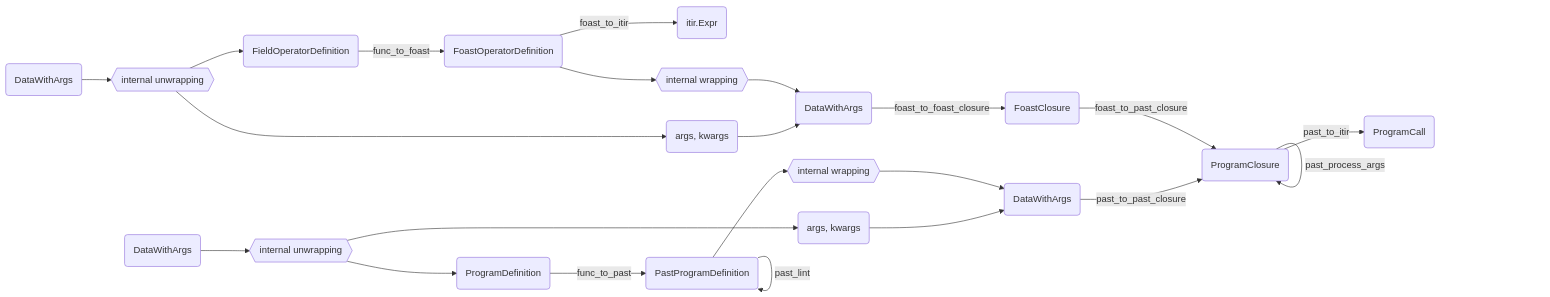
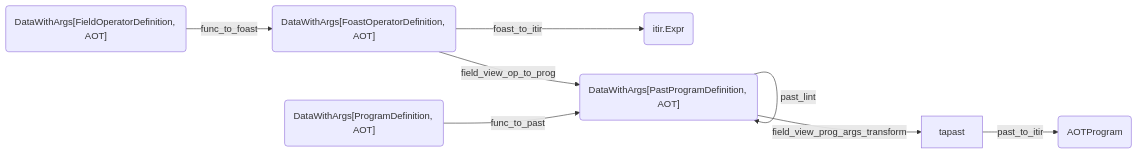
Before and after one commit to GridTools/gt4py: the first of 10 diagrams in docs/user/next/advanced/ToolchainWalkthrough.md, drawn with Mermaid. The commit also changed other lines of this file and 10 other files, not shown here.

````diff
--- a/docs/user/next/advanced/ToolchainWalkthrough.md
+++ b/docs/user/next/advanced/ToolchainWalkthrough.md
@@ -23,26 +23,12 @@
 ```mermaid
 graph LR
 
-fdef(FieldOperatorDefinition) -->|func_to_foast| foast(FoastOperatorDefinition)
+fdef("DataWithArgs[FieldOperatorDefinition, AOT]") -->|func_to_foast| foast("DataWithArgs[FoastOperatorDefinition, AOT]")
 foast -->|foast_to_itir| itir_expr(itir.Expr)
-foasta -->|foast_to_foast_closure| fclos(FoastClosure)
-fclos -->|foast_to_past_closure| pclos(PastClosure)
-pclos -->|past_process_args| pclos
-pclos -->|past_to_itir| pcall(ProgramCall)
+foast -->|field_view_op_to_prog| past("DataWithArgs[PastProgramDefinition, AOT]")
+past -->|past_lint| past
+past -->|field_view_prog_args_transform| tapast
+tapast -->|past_to_itir| pcall(AOTProgram)
 
-pdef(ProgramDefinition) -->|func_to_past| past(PastProgramDefinition)
-past -->|past_lint| past
-pasta -->|past_to_past_closure| pclos(ProgramClosure)
-
-fdefa(DataWithArgs) --> fuwr{{"internal unwrapping"}} --> fdef
-fuwr --> fargs(args, kwargs)
-
-foast --> fiwr{{"internal wrapping"}} --> foasta(DataWithArgs)
-fargs --> foasta
-
-pdefa(DataWithArgs) --> puwr{{"internal unwrapping"}} --> pdef
-puwr --> pargs(args, kwargs)
-
-past --> piwr{{"internal wrapping"}} --> pasta(DataWithArgs)
-pargs --> pasta
+pdef("DataWithArgs[ProgramDefinition, AOT]") -->|func_to_past| past("DataWithArgs[PastProgramDefinition, AOT]")
 ```
````
